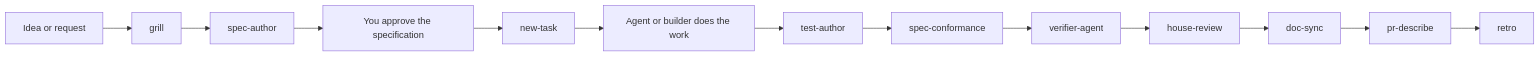
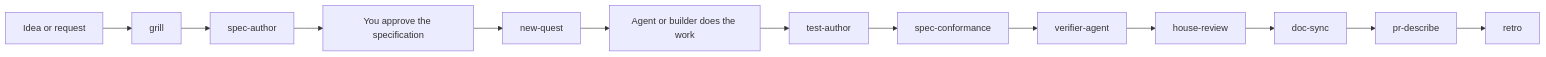
The second of 2 diagrams in docs/GETTING-STARTED.md (zen-solutions-dev/zen-agent-skills), drawn with Mermaid before and after one commit. The commit also changed other lines of this file and 586 other files, not shown here.

````diff
--- a/docs/GETTING-STARTED.md
+++ b/docs/GETTING-STARTED.md
@@ -342,15 +342,15 @@
 ```mermaid
 flowchart LR
   A[Idea or request] --> Z[grill]
   Z --> B[spec-author]
   B --> C[You approve the specification]
-  C --> D[new-task]
+  C --> D[new-quest]
   D --> E[Agent or builder does the work]
   E --> F[test-author]
   F --> G[spec-conformance]
   G --> H[verifier-agent]
   H --> I[house-review]
   I --> K[doc-sync]
   K --> J[pr-describe]
   J --> R[retro]
 ```
````
